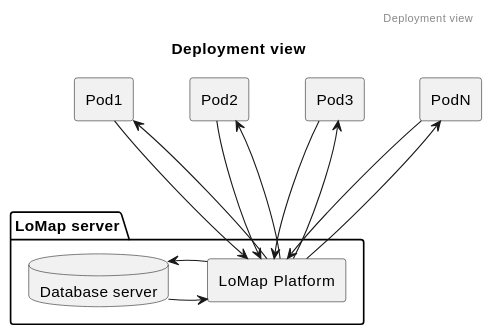
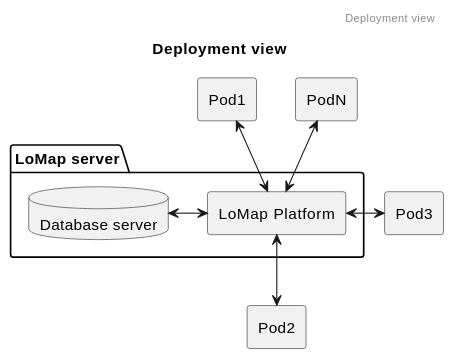
The diagram in docs/07_deployment_view.adoc (Arquisoft/lomap_en2b), drawn with PlantUML before and after one commit. The commit also changed 2 other files, not shown here.

Commit message:
Fixed the diagrams

```diff
--- a/docs/07_deployment_view.adoc
+++ b/docs/07_deployment_view.adoc
@@ -10,30 +10,24 @@
-[plantuml,"Deployment diagram",png]
+[plantuml,"Deployment diagram",png, id = "DeployDiagramView"]
 ----
 @startuml
-
 header Deployment view
 title Deployment view
 
 folder "LoMap server" {
     agent "LoMap Platform"
     database "Database server"
 }
 agent Pod1
 agent Pod2
 agent Pod3
 agent PodN
 
-Pod1 ---> "LoMap Platform"
-Pod1 <--- "LoMap Platform"
-Pod2 ---> "LoMap Platform"
-Pod2 <--- "LoMap Platform"
-Pod3 ---> "LoMap Platform"
-Pod3 <--- "LoMap Platform"
-PodN ---> "LoMap Platform"
-PodN <--- "LoMap Platform"
+Pod1 <--> "LoMap Platform"
+"LoMap Platform" <--> Pod2
+PodN <--> "LoMap Platform"
+"LoMap Platform" <-> "Pod3"
 
-"Database server" -> "LoMap Platform"
-"Database server" <- "LoMap Platform"
+"Database server" <-> "LoMap Platform"
 
 @enduml
 ----
```
